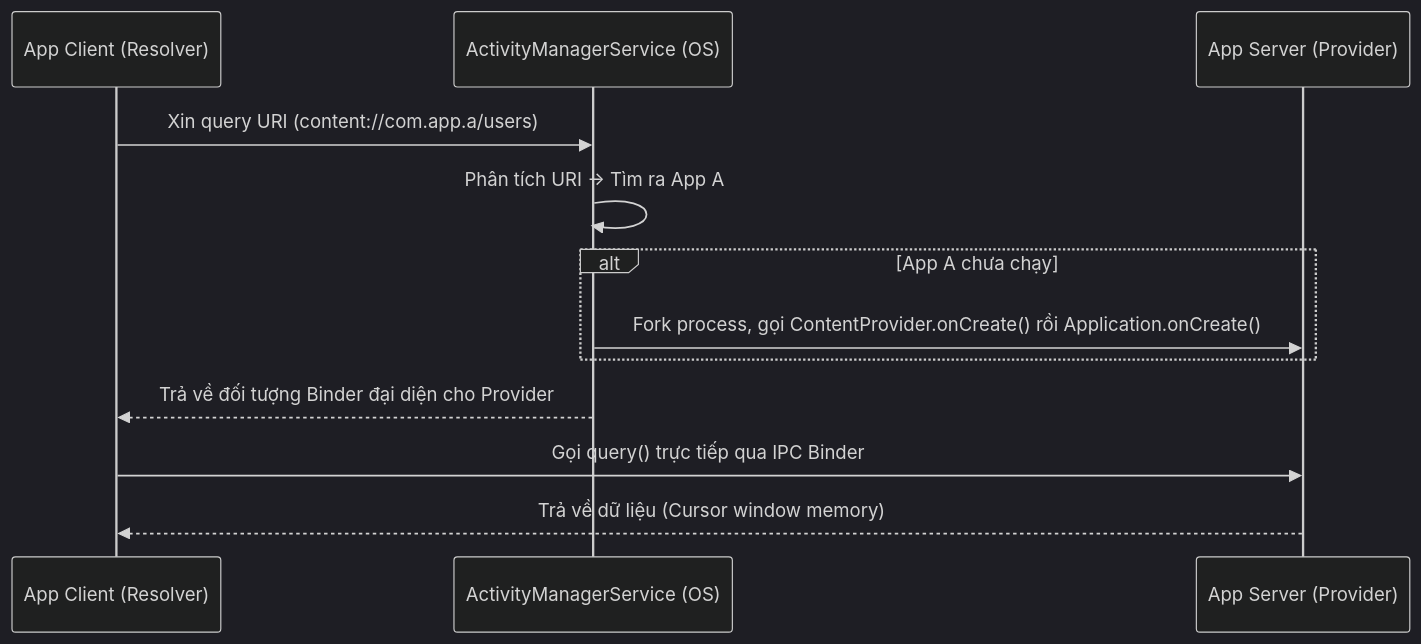
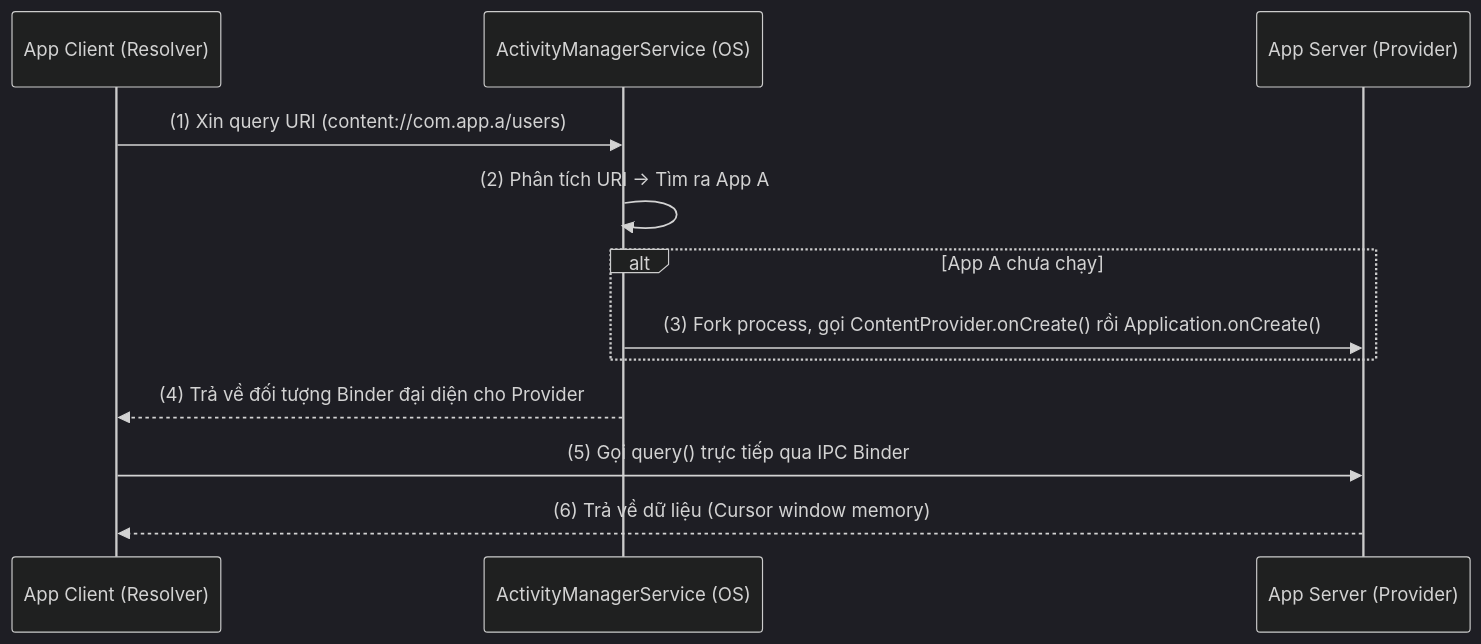
One commit to h1eu/knowledge changed the first of 2 diagrams in knowledge/android/docs/session_04/components/content_provider.md. Above: the diagram before and after it, drawn with Mermaid (dark theme). The commit also changed other lines of this file and 6 other files, not shown here.

````diff
--- a/knowledge/android/docs/session_04/components/content_provider.md
+++ b/knowledge/android/docs/session_04/components/content_provider.md
@@ -107,15 +94,15 @@
 ```mermaid
 sequenceDiagram
     participant ClientApp as App Client (Resolver)
     participant AMS as ActivityManagerService (OS)
     participant ServerApp as App Server (Provider)
 
-    ClientApp->>AMS: Xin query URI (content://com.app.a/users)
-    AMS->>AMS: Phân tích URI -> Tìm ra App A
+    ClientApp->>AMS: (1) Xin query URI (content://com.app.a/users)
+    AMS->>AMS: (2) Phân tích URI -> Tìm ra App A
     alt App A chưa chạy
-        AMS->>ServerApp: Fork process, gọi ContentProvider.onCreate() rồi Application.onCreate()
+        AMS->>ServerApp: (3) Fork process, gọi ContentProvider.onCreate() rồi Application.onCreate()
     end
-    AMS-->>ClientApp: Trả về đối tượng Binder đại diện cho Provider
-    ClientApp->>ServerApp: Gọi query() trực tiếp qua IPC Binder
-    ServerApp-->>ClientApp: Trả về dữ liệu (Cursor window memory)
+    AMS-->>ClientApp: (4) Trả về đối tượng Binder đại diện cho Provider
+    ClientApp->>ServerApp: (5) Gọi query() trực tiếp qua IPC Binder
+    ServerApp-->>ClientApp: (6) Trả về dữ liệu (Cursor window memory)
 ```
````
